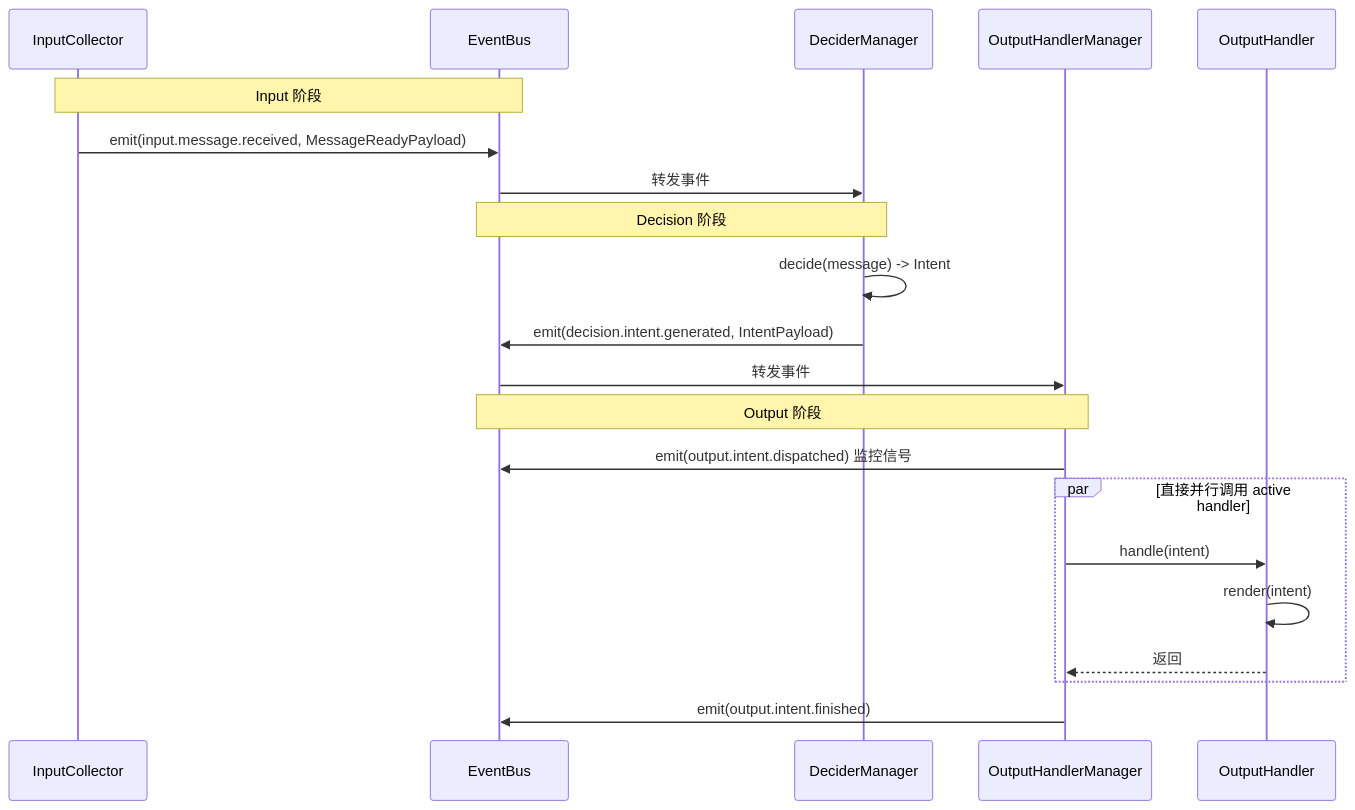
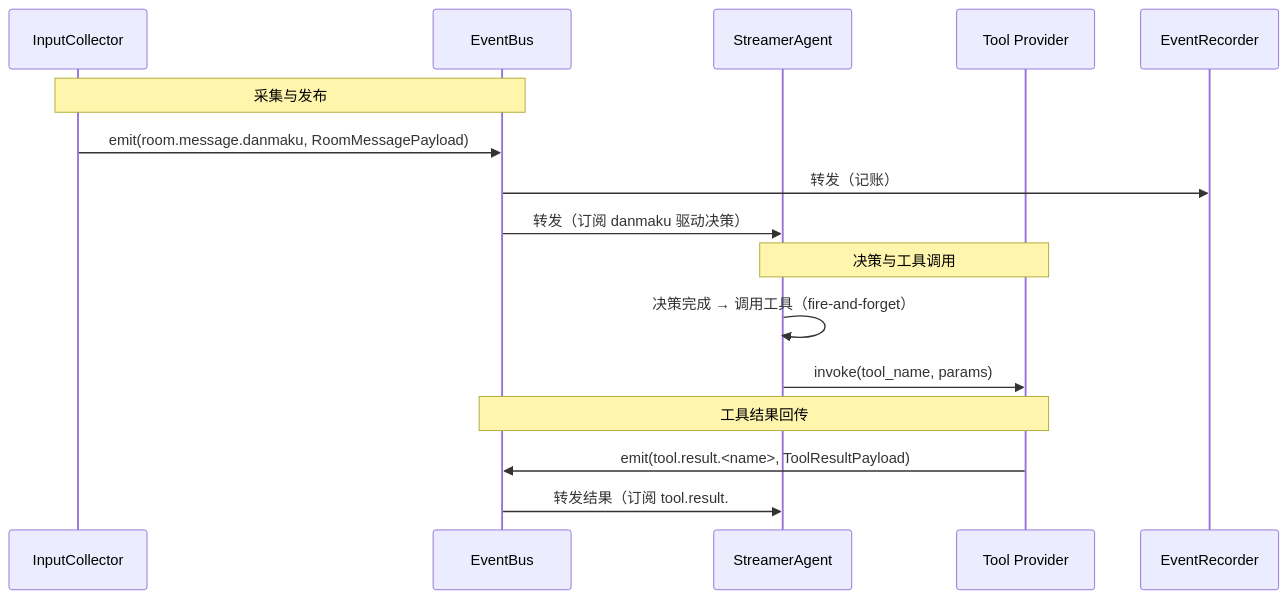
One commit to Mai-with-u/Amaidesu changed the fourth of 4 diagrams in docs/architecture/event-system.md. Above: the diagram before and after it, drawn with Mermaid. The commit also changed other lines of this file and 19 other files, not shown here.

````diff
--- a/docs/architecture/event-system.md
+++ b/docs/architecture/event-system.md
@@ -541,29 +731,24 @@
 ```mermaid
 sequenceDiagram
-    participant IP as InputCollector
+    participant IC as InputCollector
     participant EB as EventBus
-    participant DM as DeciderManager
-    participant OHM as OutputHandlerManager
-    participant OP as OutputHandler
+    participant AG as StreamerAgent
+    participant TP as Tool Provider
+    participant OB as EventRecorder
 
-    Note over IP,EB: Input 阶段
+    Note over IC,EB: 采集与发布
 
-    IP->>EB: emit(input.message.received, MessageReadyPayload)
-    EB->>DM: 转发事件
+    IC->>EB: emit(room.message.danmaku, RoomMessagePayload)
+    EB->>OB: 转发（记账）
+    EB->>AG: 转发（订阅 danmaku 驱动决策）
 
-    Note over DM,EB: Decision 阶段
+    Note over AG,TP: 决策与工具调用
 
-    DM->>DM: decide(message) -> Intent
-    DM->>EB: emit(decision.intent.generated, IntentPayload)
-    EB->>OHM: 转发事件
+    AG->>AG: 决策完成 → 调用工具（fire-and-forget）
+    AG->>TP: invoke(tool_name, params)
 
-    Note over OHM,EB: Output 阶段
+    Note over TP,EB: 工具结果回传
 
-    OHM->>EB: emit(output.intent.dispatched) 监控信号
-    par 直接并行调用 active handler
-        OHM->>OP: handle(intent)
-        OP->>OP: render(intent)
-        OP-->>OHM: 返回
-    end
-    OHM->>EB: emit(output.intent.finished)
+    TP->>EB: emit(tool.result.<name>, ToolResultPayload)
+    EB->>AG: 转发结果（订阅 tool.result.# 或具体名）
 ```
````
